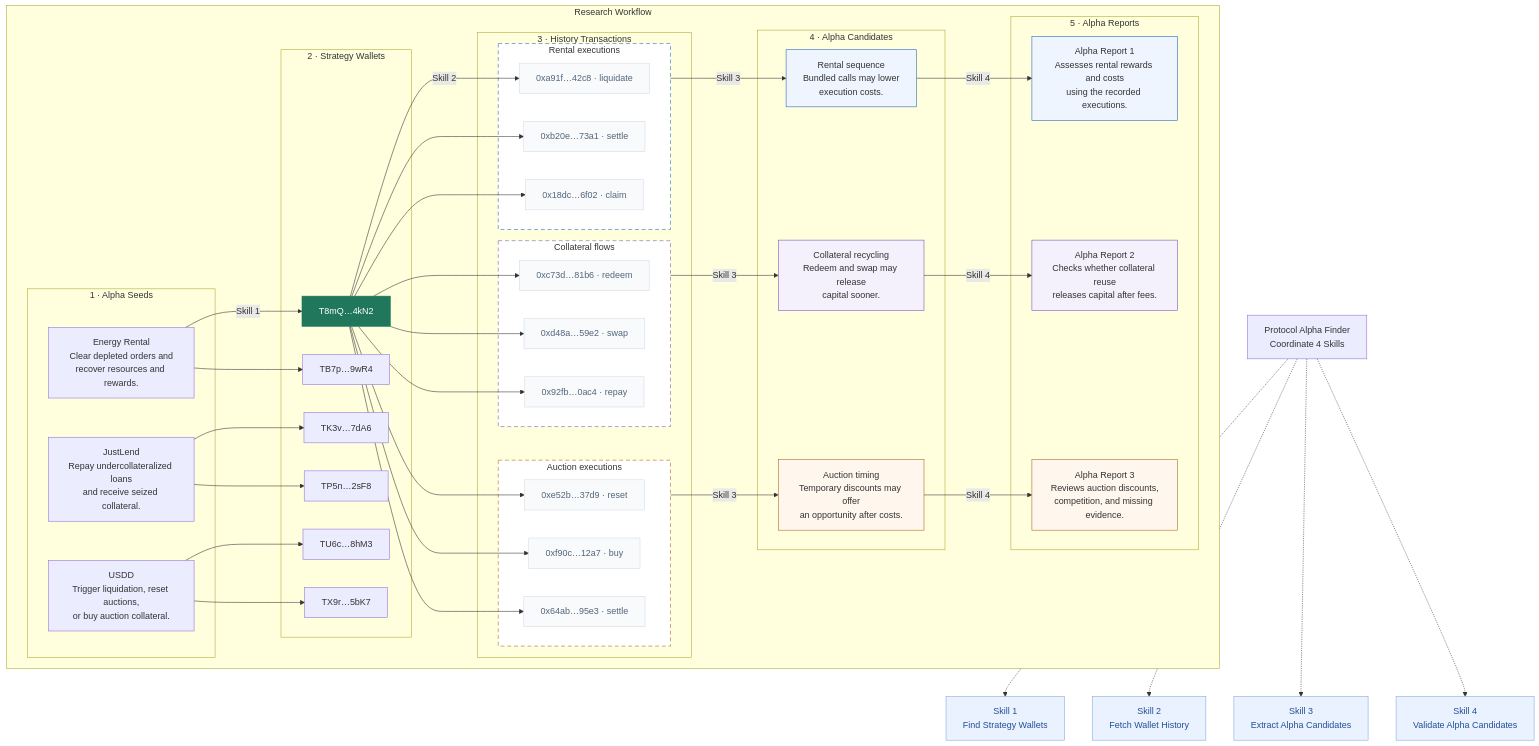
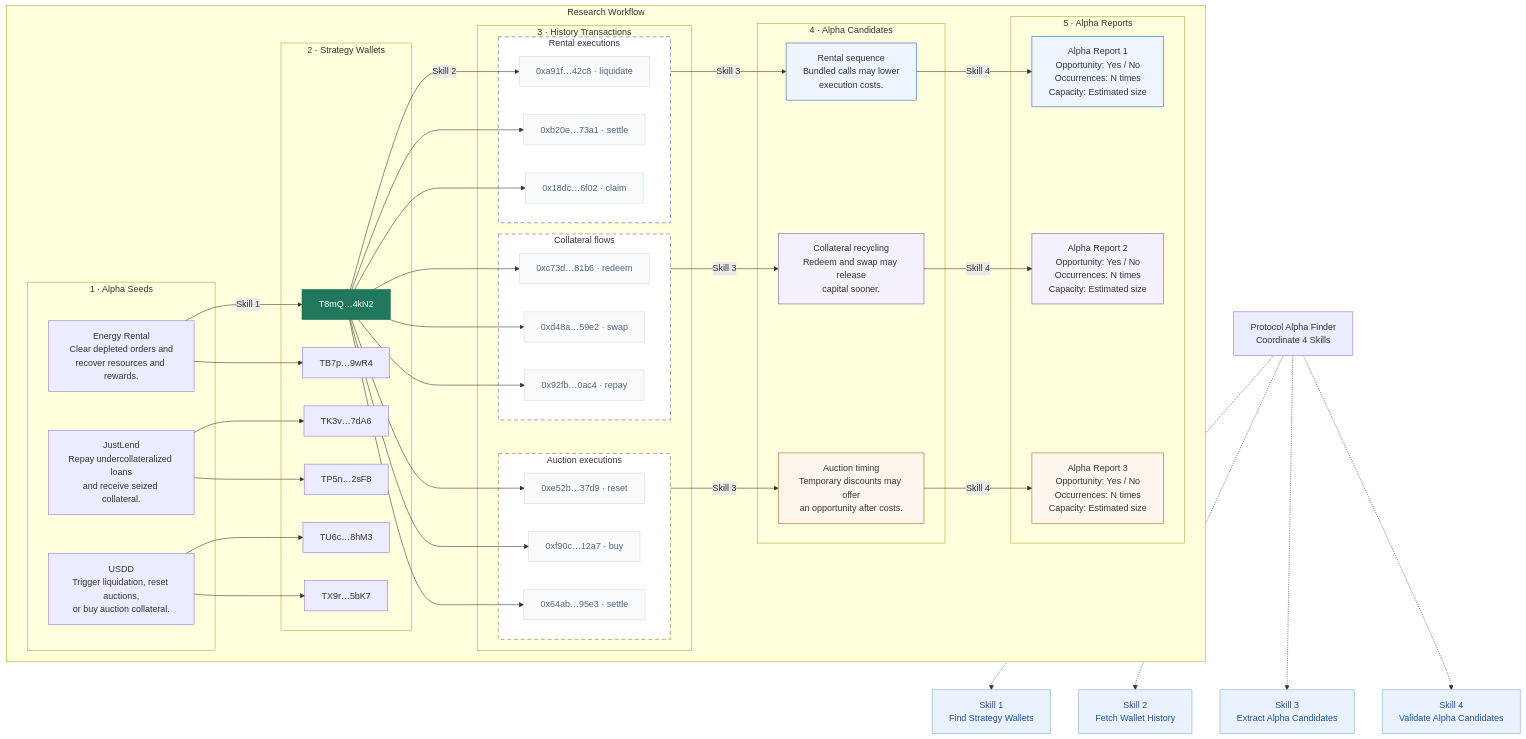
Before and after one commit to qinyh10300/protocol-alpha-finder: the diagram in docs/diagrams/system-architecture-en.mmd, drawn with Mermaid. The commit also changed 4 other files, not shown here.

Commit message:
Show structured opportunity fields in architecture report cards

```diff
--- a/docs/diagrams/system-architecture-en.mmd
+++ b/docs/diagrams/system-architecture-en.mmd
@@ -1,98 +1,98 @@
 flowchart TB
     subgraph FLOW["Research Workflow"]
         direction LR
         subgraph SEEDS["1 · Alpha Seeds"]
             SEED0["Energy Rental<br/>Clear depleted orders and<br/>recover resources and rewards."]
             SEED1["JustLend<br/>Repay undercollateralized loans<br/>and receive seized collateral."]
             SEED2["USDD<br/>Trigger liquidation, reset auctions,<br/>or buy auction collateral."]
         end
         subgraph WALLETS["2 · Strategy Wallets"]
             WALLET0["T8mQ…4kN2"]
             WALLET1["TB7p…9wR4"]
             WALLET2["TK3v…7dA6"]
             WALLET3["TP5n…2sF8"]
             WALLET4["TU6c…8hM3"]
             WALLET5["TX9r…5bK7"]
         end
         subgraph HISTORYS["3 · History Transactions"]
             subgraph HISTORY0["Rental executions"]
                 TX00["0xa91f…42c8 · liquidate"]
                 TX01["0xb20e…73a1 · settle"]
                 TX02["0x18dc…6f02 · claim"]
             end
             subgraph HISTORY1["Collateral flows"]
                 TX10["0xc73d…81b6 · redeem"]
                 TX11["0xd48a…59e2 · swap"]
                 TX12["0x92fb…0ac4 · repay"]
             end
             subgraph HISTORY2["Auction executions"]
                 TX20["0xe52b…37d9 · reset"]
                 TX21["0xf90c…12a7 · buy"]
                 TX22["0x64ab…95e3 · settle"]
             end
         end
         subgraph CANDIDATES["4 · Alpha Candidates"]
             CANDIDATE0["Rental sequence<br/>Bundled calls may lower<br/>execution costs."]
             CANDIDATE1["Collateral recycling<br/>Redeem and swap may release<br/>capital sooner."]
             CANDIDATE2["Auction timing<br/>Temporary discounts may offer<br/>an opportunity after costs."]
         end
         subgraph REPORTS["5 · Alpha Reports"]
-            REPORT0["Alpha Report 1<br/>Assesses rental rewards and costs<br/>using the recorded executions."]
-            REPORT1["Alpha Report 2<br/>Checks whether collateral reuse<br/>releases capital after fees."]
-            REPORT2["Alpha Report 3<br/>Reviews auction discounts,<br/>competition, and missing evidence."]
+            REPORT0["Alpha Report 1<br/>Opportunity: Yes / No<br/>Occurrences: N times<br/>Capacity: Estimated size"]
+            REPORT1["Alpha Report 2<br/>Opportunity: Yes / No<br/>Occurrences: N times<br/>Capacity: Estimated size"]
+            REPORT2["Alpha Report 3<br/>Opportunity: Yes / No<br/>Occurrences: N times<br/>Capacity: Estimated size"]
         end
         SEED0 -->|Skill 1| WALLET0
         SEED0 --> WALLET1
         SEED1 --> WALLET2
         SEED1 --> WALLET3
         SEED2 --> WALLET4
         SEED2 --> WALLET5
         WALLET0 -->|Skill 2| TX00
         WALLET0 --> TX01
         WALLET0 --> TX02
         WALLET0 --> TX10
         WALLET0 --> TX11
         WALLET0 --> TX12
         WALLET0 --> TX20
         WALLET0 --> TX21
         WALLET0 --> TX22
         HISTORY0 -->|Skill 3| CANDIDATE0
         HISTORY1 -->|Skill 3| CANDIDATE1
         HISTORY2 -->|Skill 3| CANDIDATE2
         CANDIDATE0 -->|Skill 4| REPORT0
         CANDIDATE1 -->|Skill 4| REPORT1
         CANDIDATE2 -->|Skill 4| REPORT2
     end
     S1["Skill 1<br/>Find Strategy Wallets"]
     S2["Skill 2<br/>Fetch Wallet History"]
     S3["Skill 3<br/>Extract Alpha Candidates"]
     S4["Skill 4<br/>Validate Alpha Candidates"]
     COORD["Protocol Alpha Finder<br/>Coordinate 4 Skills"]
     COORD -.-> S1
     COORD -.-> S2
     COORD -.-> S3
     COORD -.-> S4
     style WALLET0 fill:#20775b,stroke:#20775b,color:#ffffff
     style S1 fill:#eaf2ff,stroke:#83a8d8,color:#214f96
     style S2 fill:#eaf2ff,stroke:#83a8d8,color:#214f96
     style S3 fill:#eaf2ff,stroke:#83a8d8,color:#214f96
     style S4 fill:#eaf2ff,stroke:#83a8d8,color:#214f96
     style HISTORY0 fill:#ffffff,stroke:#2563b8,stroke-dasharray:7 5
     style CANDIDATE0 fill:#eff5ff,stroke:#2563b8
     style REPORT0 fill:#eff5ff,stroke:#2563b8
     style TX00 fill:#f8fafc,stroke:#d3dce6,color:#526579
     style TX01 fill:#f8fafc,stroke:#d3dce6,color:#526579
     style TX02 fill:#f8fafc,stroke:#d3dce6,color:#526579
     style HISTORY1 fill:#ffffff,stroke:#7953ad,stroke-dasharray:7 5
     style CANDIDATE1 fill:#f5f1fc,stroke:#7953ad
     style REPORT1 fill:#f5f1fc,stroke:#7953ad
     style TX10 fill:#f8fafc,stroke:#d3dce6,color:#526579
     style TX11 fill:#f8fafc,stroke:#d3dce6,color:#526579
     style TX12 fill:#f8fafc,stroke:#d3dce6,color:#526579
     style HISTORY2 fill:#ffffff,stroke:#a8661e,stroke-dasharray:7 5
     style CANDIDATE2 fill:#fff7ed,stroke:#a8661e
     style REPORT2 fill:#fff7ed,stroke:#a8661e
     style TX20 fill:#f8fafc,stroke:#d3dce6,color:#526579
     style TX21 fill:#f8fafc,stroke:#d3dce6,color:#526579
     style TX22 fill:#f8fafc,stroke:#d3dce6,color:#526579
     %% Illustrative addresses, transactions, and report contents. Skill 2 fetches the selected wallet's transaction history; three dashed evidence groups support three candidate hypotheses. Skill 4 validates each candidate to produce its own Alpha Report. Protocol Alpha Finder coordinates four operations. Collection and review are initiated manually, with historical coverage recorded explicitly.
```
